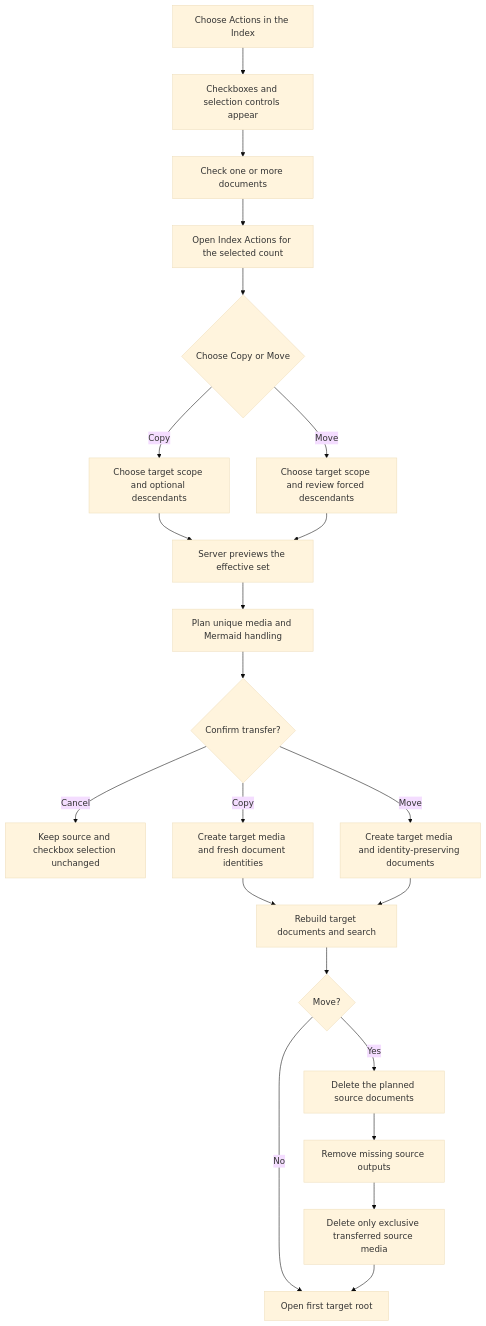
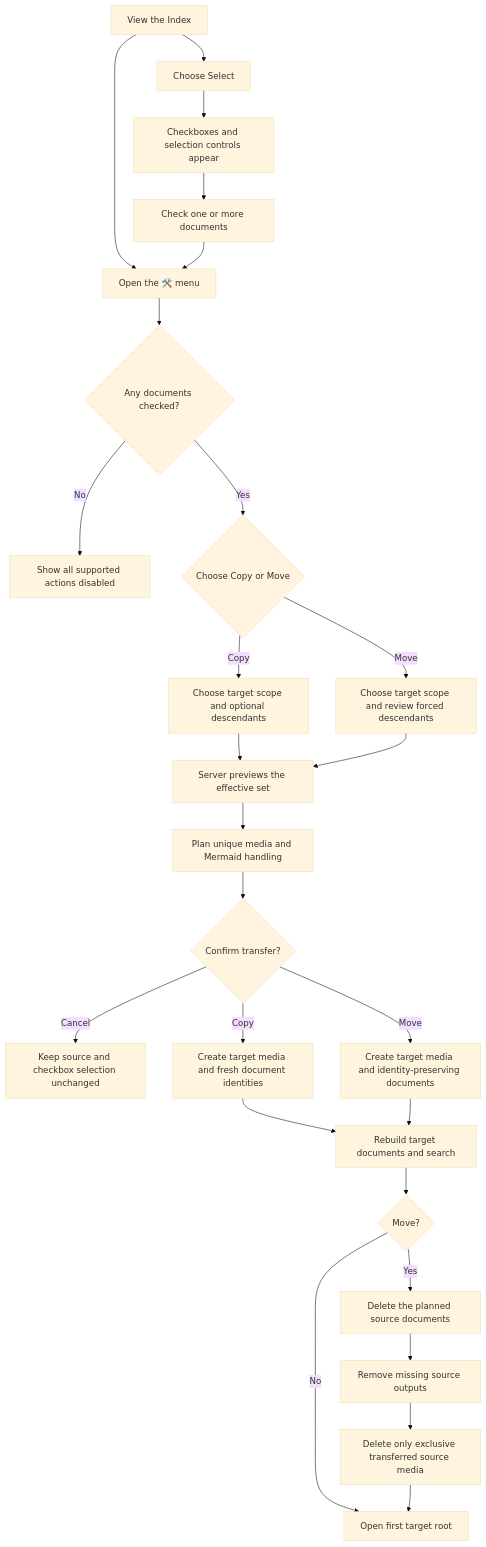
Before and after one commit to dotlineform/dotlineform-site: the diagram in docs-viewer/scopes/studio/source/documents/d-20260723-223400-c7a1e4.md, drawn with Mermaid (base theme). The commit also changed other lines of this file and 18 other files, not shown here.

Commit message:
updated copy/move delivery spec

````diff
--- a/docs-viewer/scopes/studio/source/documents/d-20260723-223400-c7a1e4.md
+++ b/docs-viewer/scopes/studio/source/documents/d-20260723-223400-c7a1e4.md
@@ -202,26 +208,30 @@
 ```mermaid
 flowchart TD
   accTitle: Copy or move checked documents between scopes
-  accDescr: Index Actions first reveals checkbox selection, then Copy optionally expands checked documents to descendants while Move always expands parents to full subtrees.
-  indexActions[Choose Actions in the Index] --> selectionMode[Checkboxes and selection controls appear]
-  selectionMode --> checked[Check one or more documents]
-  checked --> openMenu[Open Index Actions for the selected count]
-  openMenu --> action{Choose Copy or Move}
+  accDescr: Select independently controls checkboxes. The always-enabled Index tool menu remains visible and enables its actions only after documents are checked.
+  index["View the Index"] --> select["Choose Select"]
+  select --> selectionMode["Checkboxes and selection controls appear"]
+  selectionMode --> checked["Check one or more documents"]
+  index --> openMenu["Open the 🛠️ menu"]
+  openMenu --> hasChecked{"Any documents checked?"}
+  hasChecked -->|No| disabled["Show all supported actions disabled"]
+  checked --> openMenu
+  hasChecked -->|Yes| action{Choose Copy or Move}
   action -->|Copy| copyChoice[Choose target scope and optional descendants]
   action -->|Move| moveImpact[Choose target scope and review forced descendants]
   copyChoice --> preview[Server previews the effective set]
   moveImpact --> preview
   preview --> mediaPlan[Plan unique media and Mermaid handling]
   mediaPlan --> confirm{Confirm transfer?}
   confirm -->|Cancel| retained[Keep source and checkbox selection unchanged]
   confirm -->|Copy| copyApply[Create target media and fresh document identities]
   confirm -->|Move| moveTarget[Create target media and identity-preserving documents]
   copyApply --> targetRebuild[Rebuild target documents and search]
   moveTarget --> targetRebuild
   targetRebuild --> moveMode{Move?}
   moveMode -->|No| openTarget[Open first target root]
   moveMode -->|Yes| deleteSource[Delete the planned source documents]
   deleteSource --> sourceRebuild[Remove missing source outputs]
   sourceRebuild --> mediaCleanup[Delete only exclusive transferred source media]
   mediaCleanup --> openTarget
 ```
````
